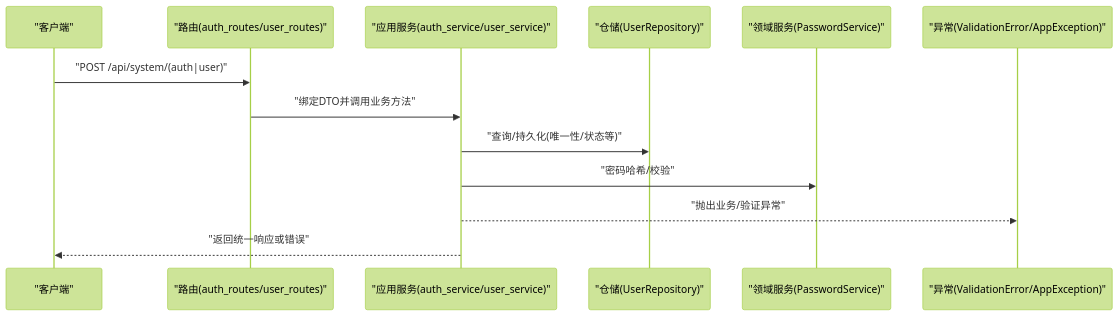
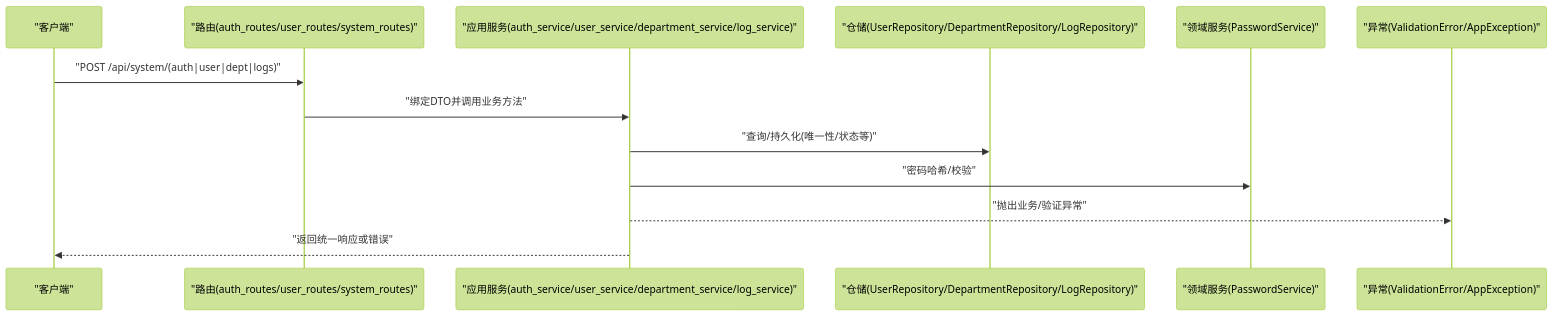
One commit to taoweidong/Hello-FastApi changed the second of 5 diagrams in .qoder/repowiki/zh/content/项目概述/核心特性/数据验证.md. Above: the diagram before and after it, drawn with Mermaid (forest theme). The commit also changed other lines of this file and 9 other files, not shown here.

````diff
--- a/.qoder/repowiki/zh/content/项目概述/核心特性/数据验证.md
+++ b/.qoder/repowiki/zh/content/项目概述/核心特性/数据验证.md
@@ -113,15 +164,15 @@
 ```mermaid
 sequenceDiagram
 participant Client as "客户端"
-participant Router as "路由(auth_routes/user_routes)"
-participant Service as "应用服务(auth_service/user_service)"
-participant Repo as "仓储(UserRepository)"
+participant Router as "路由(auth_routes/user_routes/system_routes)"
+participant Service as "应用服务(auth_service/user_service/department_service/log_service)"
+participant Repo as "仓储(UserRepository/DepartmentRepository/LogRepository)"
 participant Domain as "领域服务(PasswordService)"
 participant Ex as "异常(ValidationError/AppException)"
-Client->>Router : "POST /api/system/(auth|user)"
+Client->>Router : "POST /api/system/(auth|user|dept|logs)"
 Router->>Service : "绑定DTO并调用业务方法"
 Service->>Repo : "查询/持久化(唯一性/状态等)"
 Service->>Domain : "密码哈希/校验"
 Service-->>Ex : "抛出业务/验证异常"
 Service-->>Client : "返回统一响应或错误"
 ```
````
